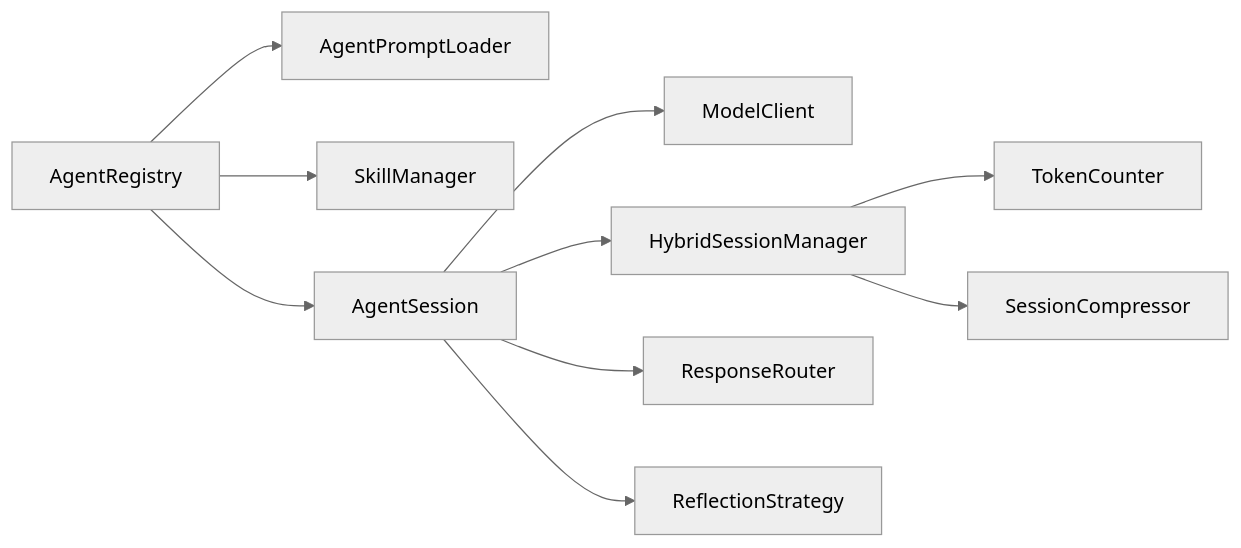
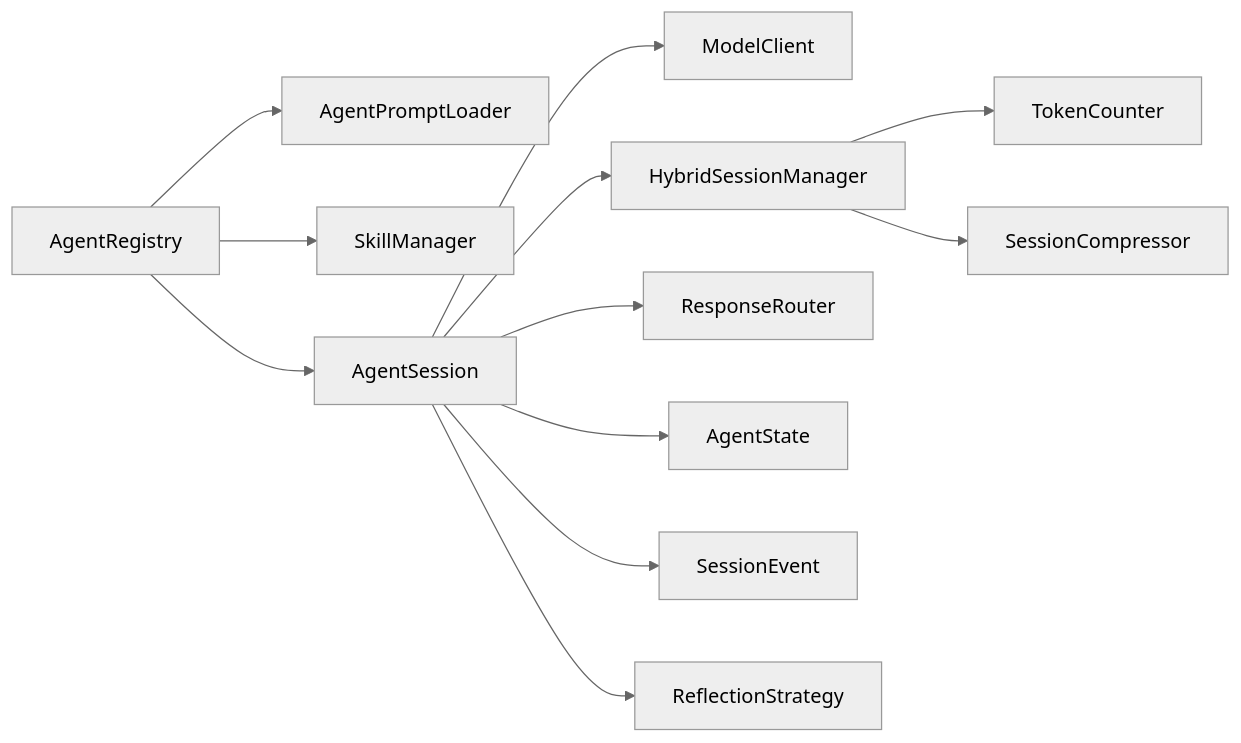
Before and after one commit to guuyn/OpenClaw-Android: the eighth of 8 diagrams in .qoder/repowiki/zh/content/核心模块/AI对话系统/AI对话系统.md, drawn with Mermaid (neutral theme). The commit also changed other lines of this file and 4 other files, not shown here.

````diff
--- a/.qoder/repowiki/zh/content/核心模块/AI对话系统/AI对话系统.md
+++ b/.qoder/repowiki/zh/content/核心模块/AI对话系统/AI对话系统.md
@@ -362,12 +425,14 @@
 ```mermaid
 graph LR
 AR["AgentRegistry"] --> APL["AgentPromptLoader"]
 AR --> SM["SkillManager"]
 AR --> AS["AgentSession"]
 AS --> MC["ModelClient"]
 AS --> HSM["HybridSessionManager"]
 AS --> RR["ResponseRouter"]
+AS --> AGS["AgentState"]
+AS --> SE["SessionEvent"]
 HSM --> TC["TokenCounter"]
 HSM --> SC["SessionCompressor"]
 AS --> RS["ReflectionStrategy"]
 ```
````
